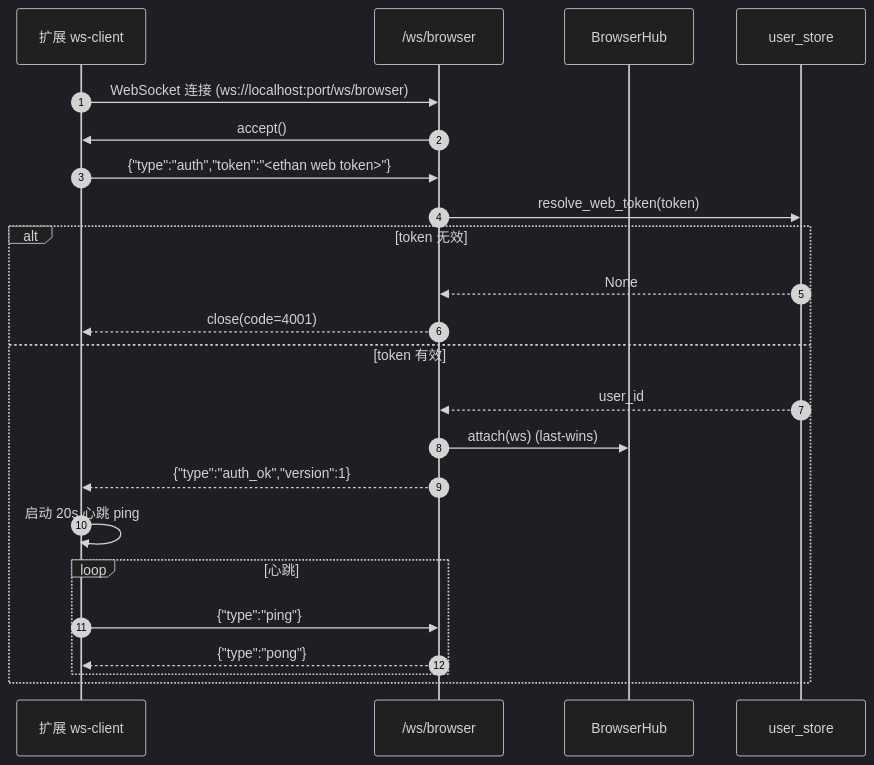
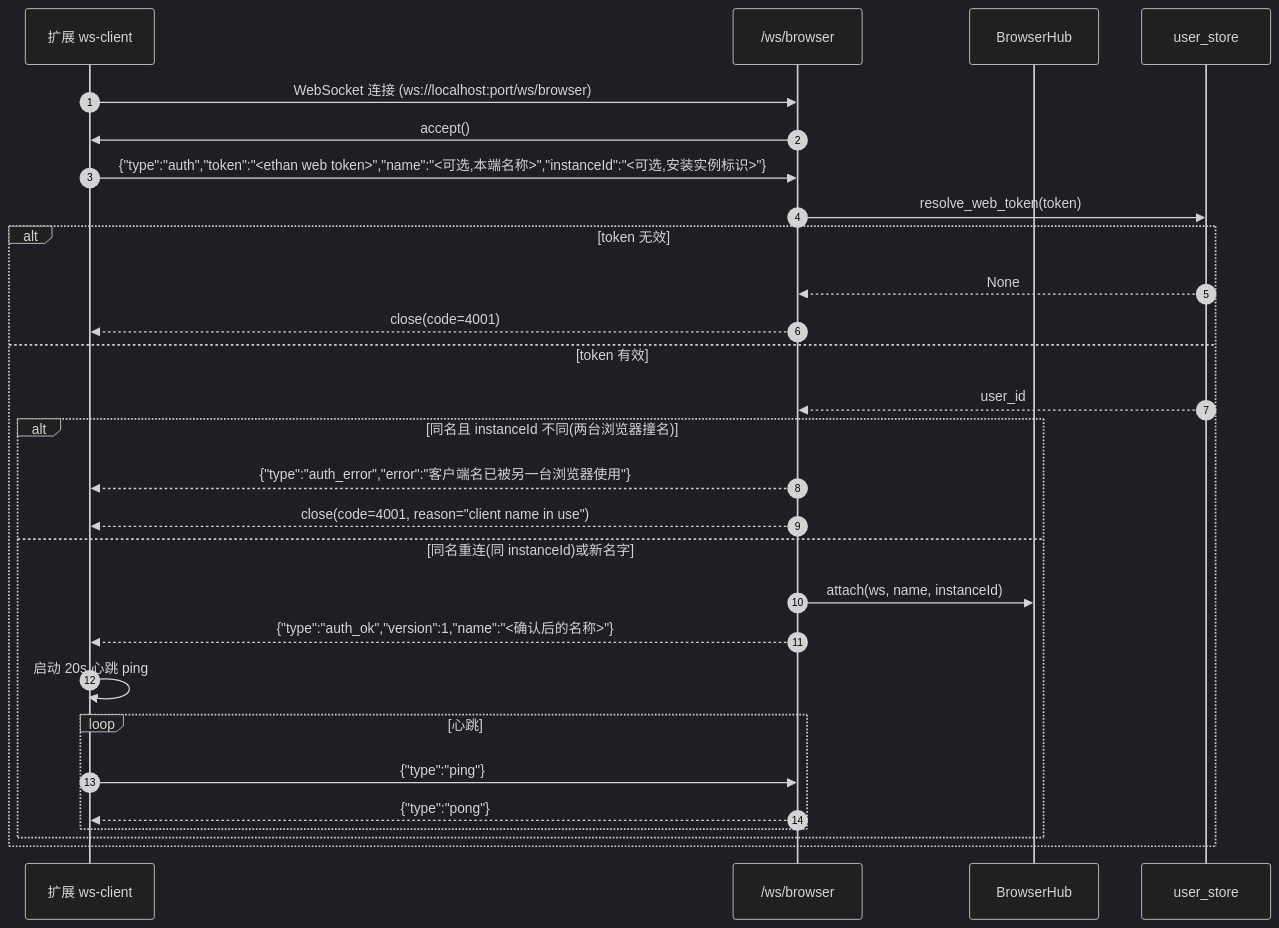
The first of 2 diagrams in docs/browser/transport-protocol.md (llm011/ethan-agent), drawn with Mermaid (dark theme) before and after one commit. The commit also changed other lines of this file and 11 other files, not shown here.

````diff
--- a/docs/browser/transport-protocol.md
+++ b/docs/browser/transport-protocol.md
@@ -30,26 +30,31 @@
 ```mermaid
 sequenceDiagram
     autonumber
     participant Ext as 扩展 ws-client
     participant WS as /ws/browser
     participant Hub as BrowserHub
     participant Store as user_store
 
     Ext->>WS: WebSocket 连接 (ws://localhost:port/ws/browser)
     WS->>Ext: accept()
-    Ext->>WS: {"type":"auth","token":"<ethan web token>"}
+    Ext->>WS: {"type":"auth","token":"<ethan web token>","name":"<可选,本端名称>","instanceId":"<可选,安装实例标识>"}
     WS->>Store: resolve_web_token(token)
     alt token 无效
         Store-->>WS: None
         WS-->>Ext: close(code=4001)
     else token 有效
         Store-->>WS: user_id
-        WS->>Hub: attach(ws)  (last-wins)
-        WS-->>Ext: {"type":"auth_ok","version":1}
-        Ext->>Ext: 启动 20s 心跳 ping
-        loop 心跳
-            Ext->>WS: {"type":"ping"}
-            WS-->>Ext: {"type":"pong"}
+        alt 同名且 instanceId 不同(两台浏览器撞名)
+            WS-->>Ext: {"type":"auth_error","error":"客户端名已被另一台浏览器使用"}
+            WS-->>Ext: close(code=4001, reason="client name in use")
+        else 同名重连(同 instanceId)或新名字
+            WS->>Hub: attach(ws, name, instanceId)
+            WS-->>Ext: {"type":"auth_ok","version":1,"name":"<确认后的名称>"}
+            Ext->>Ext: 启动 20s 心跳 ping
+            loop 心跳
+                Ext->>WS: {"type":"ping"}
+                WS-->>Ext: {"type":"pong"}
+            end
         end
     end
 ```
````
